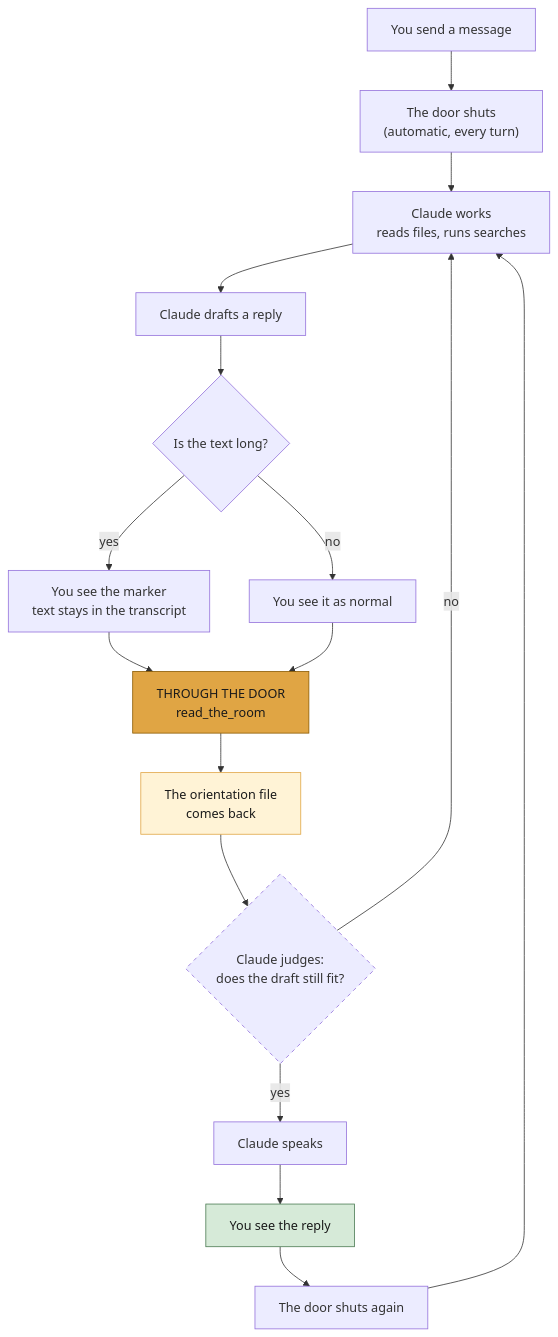
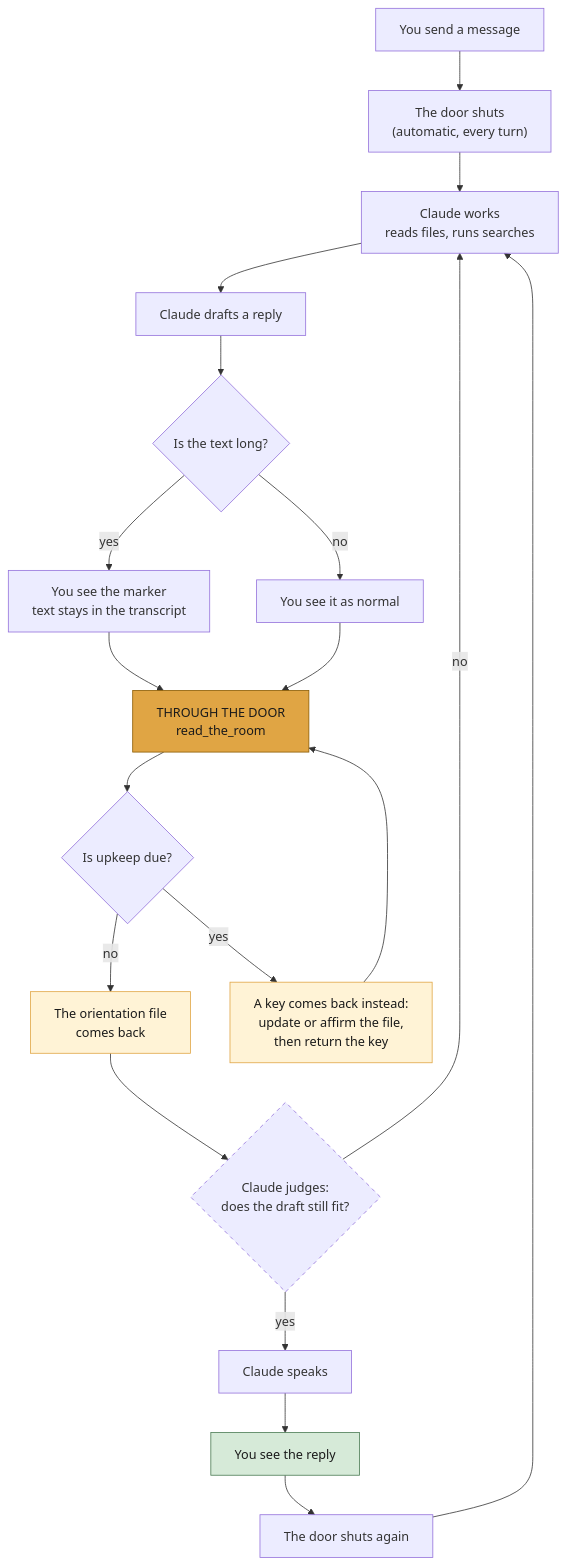
Before and after one commit to hackerbara/read-the-room: the first of 2 diagrams in how-it-works.md, drawn with Mermaid. The commit also changed other lines of this file and 1 other file, not shown here.

````diff
--- a/how-it-works.md
+++ b/how-it-works.md
@@ -29,23 +29,27 @@
 ```mermaid
 flowchart TD
     A["You send a message"] --> B["The door shuts<br/>(automatic, every turn)"]
     B --> C["Claude works<br/>reads files, runs searches"]
     C --> D["Claude drafts a reply"]
     D --> E{"Is the text long?"}
     E -->|"yes"| F["You see the marker<br/>text stays in the transcript"]
     E -->|"no"| G["You see it as normal"]
     F --> H["THROUGH THE DOOR<br/>read_the_room"]
     G --> H
-    H --> I["The orientation file<br/>comes back"]
+    H --> KQ{"Is upkeep due?"}
+    KQ -->|"no"| I["The orientation file<br/>comes back"]
+    KQ -->|"yes"| KY["A key comes back instead:<br/>update or affirm the file,<br/>then return the key"]
+    KY --> H
     I --> J{"Claude judges:<br/>does the draft still fit?"}
     J -->|"no"| C
     J -->|"yes"| K["Claude speaks"]
     K --> L["You see the reply"]
     L --> M["The door shuts again"]
     M --> C
 
     style H fill:#e0a544,stroke:#8a5a00,color:#1a1a1a
     style I fill:#fff3d6,stroke:#e0a544,color:#1a1a1a
+    style KY fill:#fff3d6,stroke:#e0a544,color:#1a1a1a
     style J stroke-dasharray: 5 5
     style L fill:#d6ead8,stroke:#4a7a52,color:#1a1a1a
 ```
````
